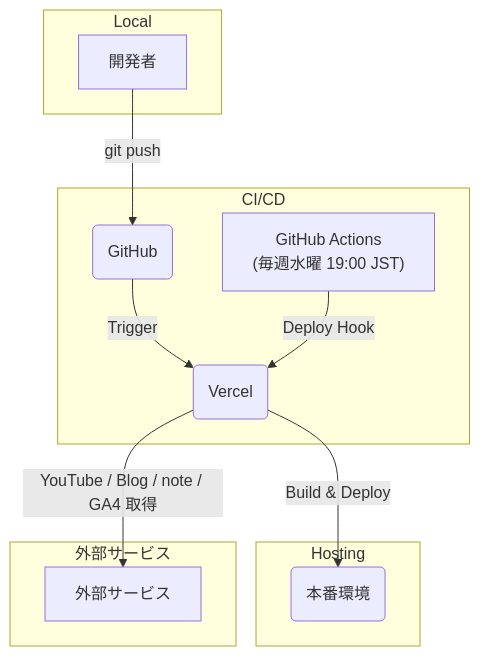
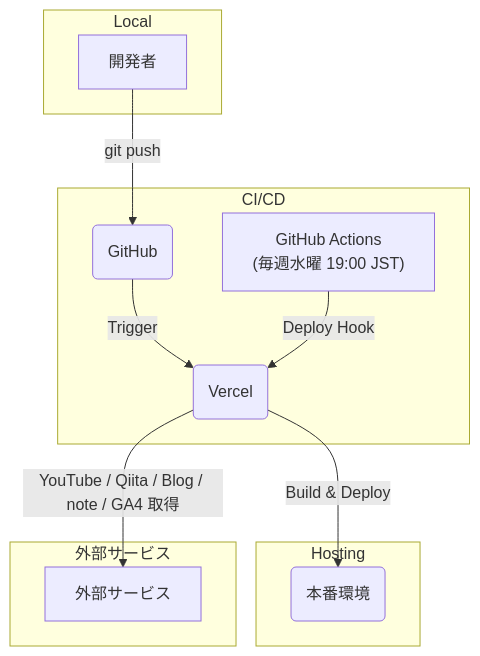
One commit to shou-dev19/shou-portfolio changed the second of 2 diagrams in README.md. Above: the diagram before and after it, drawn with Mermaid. The commit also changed other lines of this file and 17 other files, not shown here.

````diff
--- a/README.md
+++ b/README.md
@@ -128,26 +128,26 @@
 ```mermaid
 graph TD
     A[開発者] -->|git push| B(GitHub)
     B -->|Trigger| C(Vercel)
     C -->|Build & Deploy| D(本番環境)
     E["GitHub Actions\n(毎週水曜 19:00 JST)"] -->|Deploy Hook| C
-    C -->|YouTube / Blog / note / GA4 取得| F[外部サービス]
+    C -->|YouTube / Qiita / Blog / note / GA4 取得| F[外部サービス]
 
     subgraph "Local"
       A
     end
 
     subgraph "CI/CD"
       B
       C
       E
     end
 
     subgraph "Hosting"
       D
     end
 
     subgraph "外部サービス"
       F
     end
 ```
````
